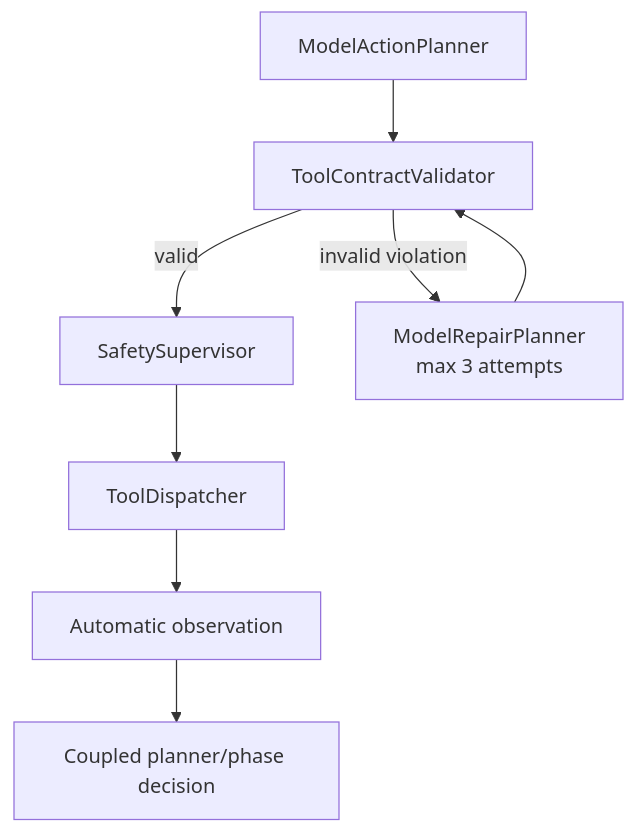
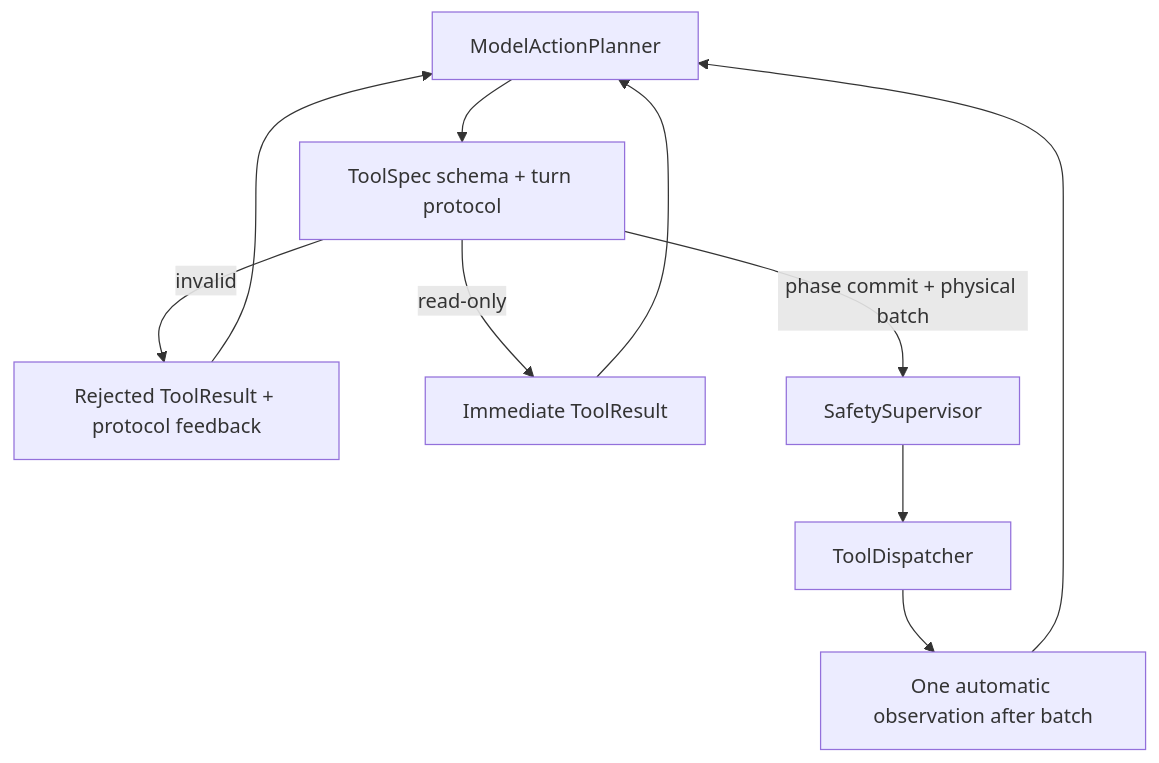
The third of 3 diagrams in docs/architecture.md (LZ6years/AeroPilot), drawn with Mermaid before and after one commit. The commit also changed other lines of this file and 59 other files, not shown here.

````diff
--- a/docs/architecture.md
+++ b/docs/architecture.md
@@ -258,10 +259,12 @@
 ```mermaid
 flowchart TD
-    MAP["ModelActionPlanner"] --> TCV["ToolContractValidator"]
-    TCV -->|valid| SS["SafetySupervisor"]
-    TCV -->|invalid violation| RP["ModelRepairPlanner<br/>max 3 attempts"]
-    RP --> TCV
+    MAP["ModelActionPlanner"] --> V["ToolSpec schema + turn protocol"]
+    V -->|invalid| TR["Rejected ToolResult + protocol feedback"]
+    TR --> MAP
+    V -->|read-only| R["Immediate ToolResult"]
+    R --> MAP
+    V -->|phase commit + physical batch| SS["SafetySupervisor"]
     SS --> TD["ToolDispatcher"]
-    TD --> OBS["Automatic observation"]
-    OBS --> J["Coupled planner/phase decision"]
+    TD --> OBS["One automatic observation after batch"]
+    OBS --> MAP
 ```
````
